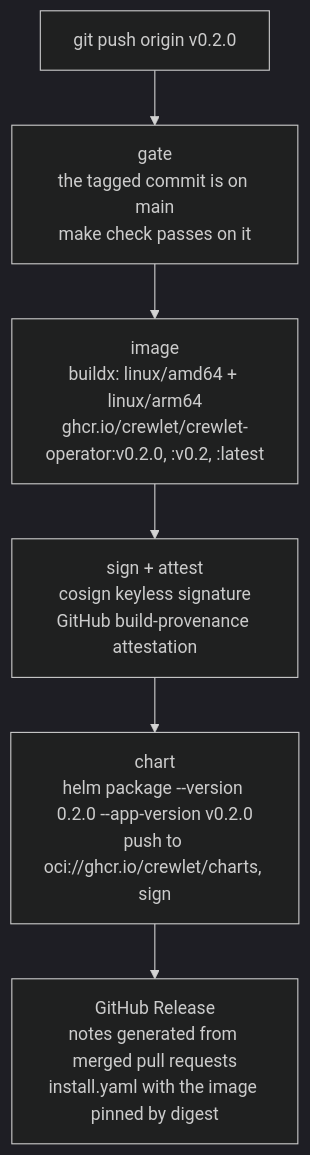
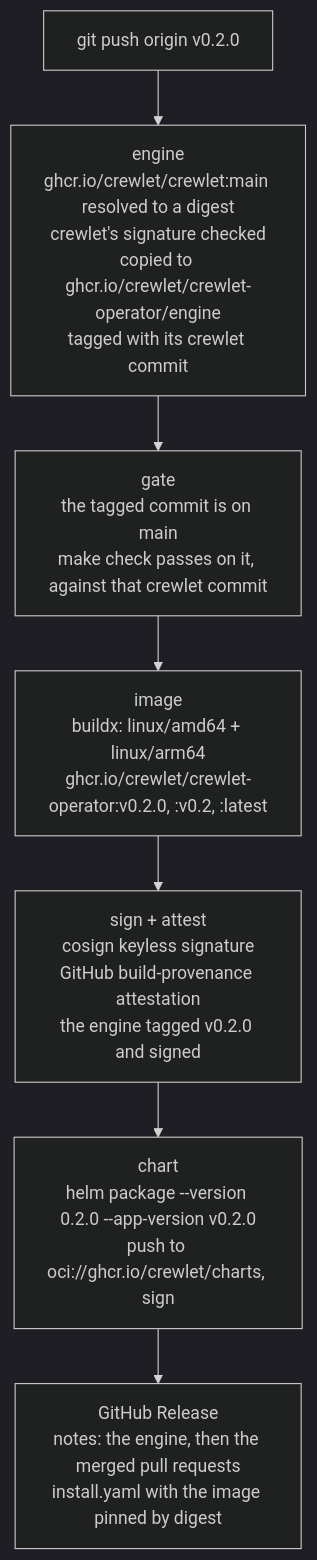
One commit to crewlet/crewlet-operator changed the diagram in RELEASING.md. Above: the diagram before and after it, drawn with Mermaid (dark theme). The commit also changed other lines of this file and 48 other files, not shown here.

First line of the commit message:
build(build): run every suite against crewlet's main image

````diff
--- a/RELEASING.md
+++ b/RELEASING.md
@@ -16,9 +16,10 @@
 ```mermaid
 flowchart TD
-    T["git push origin v0.2.0"] --> G
-    G["gate<br/>the tagged commit is on main<br/>make check passes on it"] --> I
+    T["git push origin v0.2.0"] --> E
+    E["engine<br/>ghcr.io/crewlet/crewlet:main resolved to a digest<br/>crewlet's signature checked<br/>copied to ghcr.io/crewlet/crewlet-operator/engine<br/>tagged with its crewlet commit"] --> G
+    G["gate<br/>the tagged commit is on main<br/>make check passes on it, against that crewlet commit"] --> I
     I["image<br/>buildx: linux/amd64 + linux/arm64<br/>ghcr.io/crewlet/crewlet-operator:v0.2.0, :v0.2, :latest"] --> S
-    S["sign + attest<br/>cosign keyless signature<br/>GitHub build-provenance attestation"] --> C
+    S["sign + attest<br/>cosign keyless signature<br/>GitHub build-provenance attestation<br/>the engine tagged v0.2.0 and signed"] --> C
     C["chart<br/>helm package --version 0.2.0 --app-version v0.2.0<br/>push to oci://ghcr.io/crewlet/charts, sign"] --> R
-    R["GitHub Release<br/>notes generated from merged pull requests<br/>install.yaml with the image pinned by digest"]
+    R["GitHub Release<br/>notes: the engine, then the merged pull requests<br/>install.yaml with the image pinned by digest"]
 ```
````
